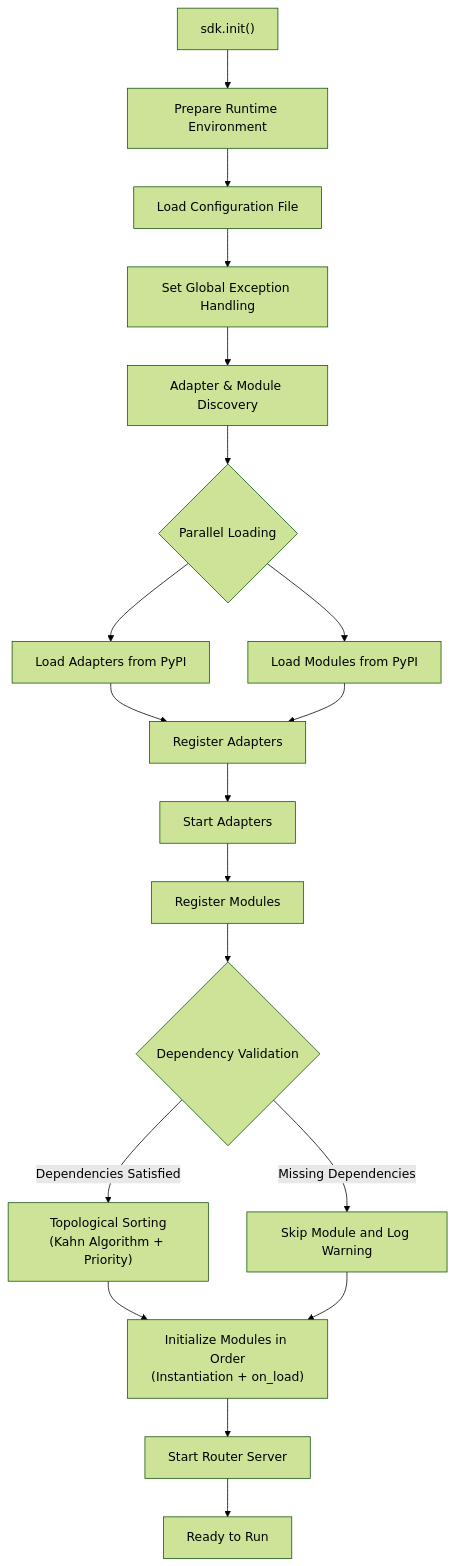
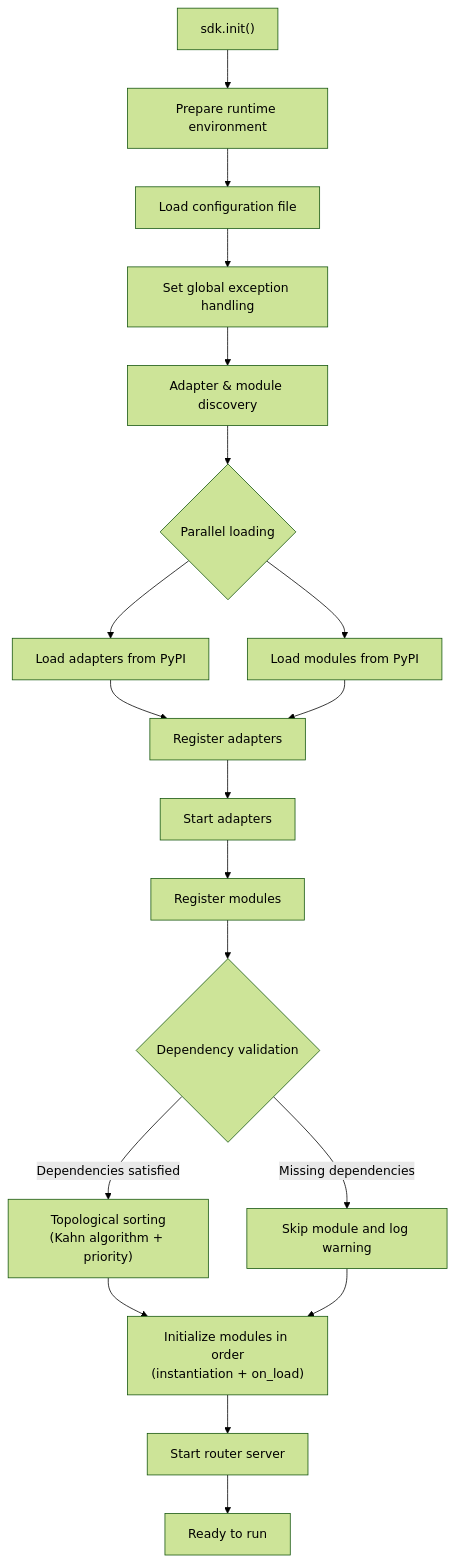
One commit to ErisPulse/ErisPulse changed the second of 8 diagrams in docs/en/architecture.md. Above: the diagram before and after it, drawn with Mermaid (forest theme). The commit also changed other lines of this file and 127 other files, not shown here.

````diff
--- a/docs/en/architecture.md
+++ b/docs/en/architecture.md
@@ -63,20 +63,20 @@
 ```mermaid
 flowchart TD
-    A["sdk.init()"] --> B["Prepare Runtime Environment"]
-    B --> B1["Load Configuration File"]
-    B1 --> B2["Set Global Exception Handling"]
-    B2 --> C["Adapter & Module Discovery"]
-    C --> D{"Parallel Loading"}
-    D --> D1["Load Adapters from PyPI"]
-    D --> D2["Load Modules from PyPI"]
-    D1 & D2 --> E["Register Adapters"]
-    E --> E1["Start Adapters"]
-    E1 --> F["Register Modules"]
-    F --> F1{"Dependency Validation"}
-    F1 -->|"Missing Dependencies"| F2["Skip Module and Log Warning"]
-    F1 -->|"Dependencies Satisfied"| F3["Topological Sorting<br/>(Kahn Algorithm + Priority)"]
-    F3 --> G["Initialize Modules in Order<br/>(Instantiation + on_load)"]
+    A["sdk.init()"] --> B["Prepare runtime environment"]
+    B --> B1["Load configuration file"]
+    B1 --> B2["Set global exception handling"]
+    B2 --> C["Adapter & module discovery"]
+    C --> D{"Parallel loading"}
+    D --> D1["Load adapters from PyPI"]
+    D --> D2["Load modules from PyPI"]
+    D1 & D2 --> E["Register adapters"]
+    E --> E1["Start adapters"]
+    E1 --> F["Register modules"]
+    F --> F1{"Dependency validation"}
+    F1 -->|"Missing dependencies"| F2["Skip module and log warning"]
+    F1 -->|"Dependencies satisfied"| F3["Topological sorting<br/>(Kahn algorithm + priority)"]
+    F3 --> G["Initialize modules in order<br/>(instantiation + on_load)"]
     F2 --> G
-    G --> H["Start Router Server"]
-    H --> K["Ready to Run"]
+    G --> H["Start router server"]
+    H --> K["Ready to run"]
 ```
````
